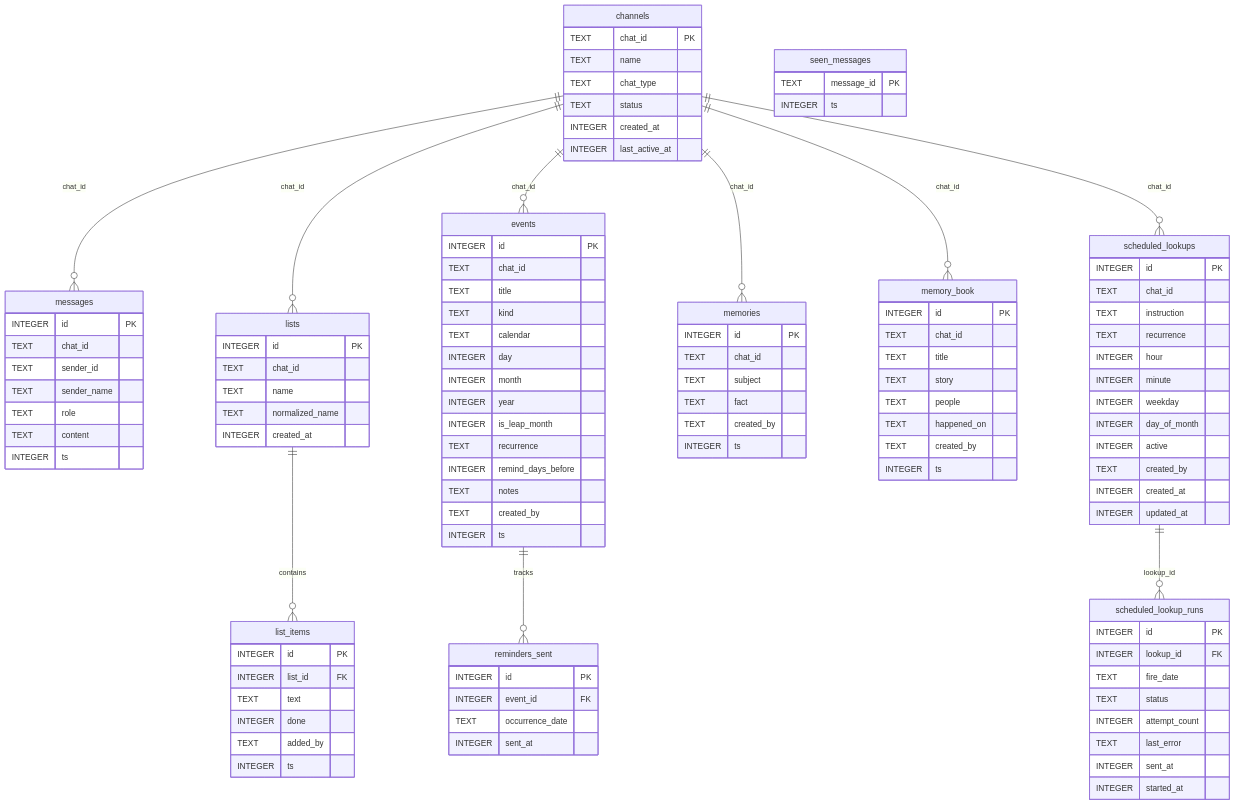
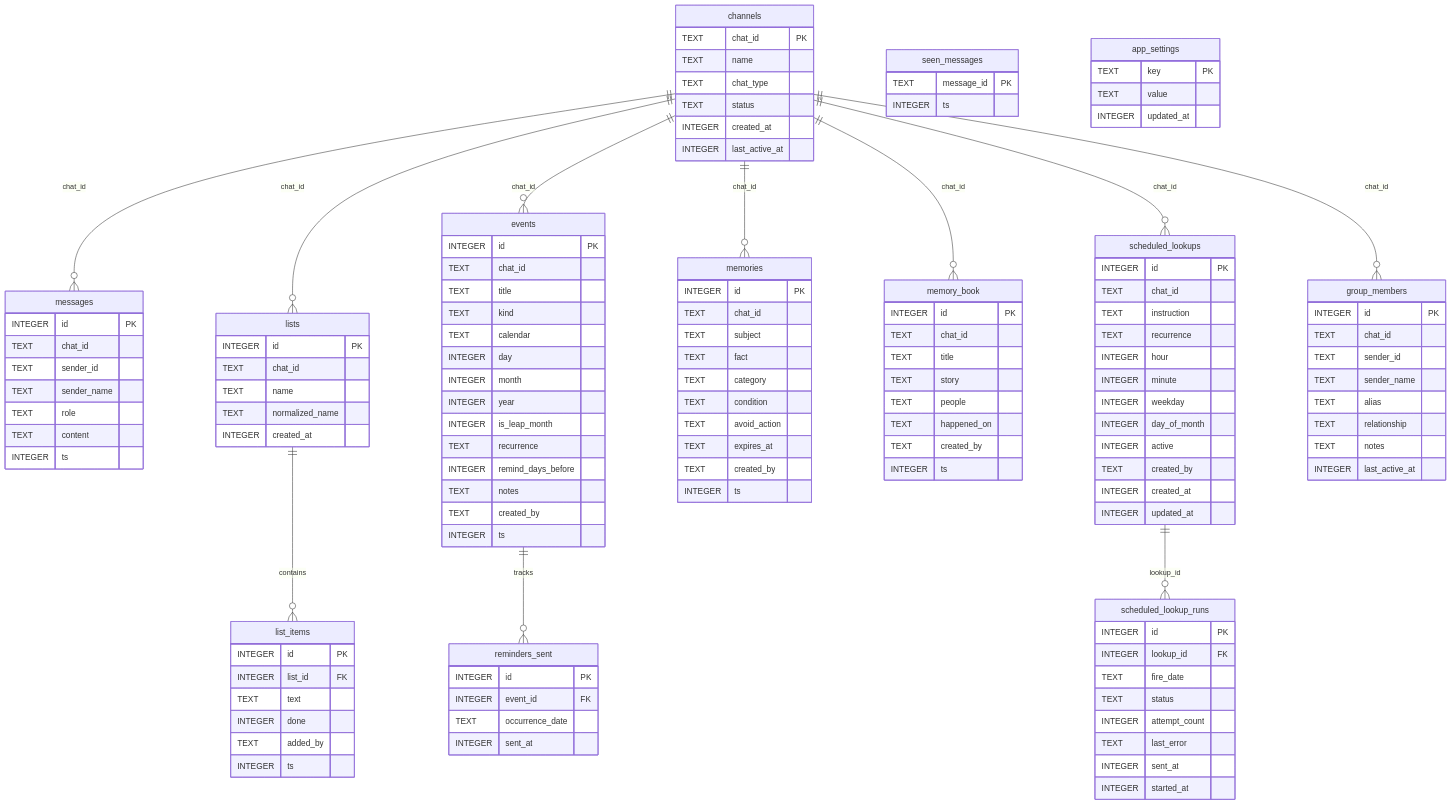
One commit to tranlehaiquan/46-bot changed the diagram in readme.md. Above: the diagram before and after it, drawn with Mermaid. The commit also changed other lines of this file, not shown here.

````diff
--- a/readme.md
+++ b/readme.md
@@ -104,6 +137,7 @@
     channels ||--o{ memory_book : "chat_id"
     channels ||--o{ scheduled_lookups : "chat_id"
     scheduled_lookups ||--o{ scheduled_lookup_runs : "lookup_id"
+    channels ||--o{ group_members : "chat_id"
 
     seen_messages {
         TEXT message_id PK
@@ -175,6 +209,10 @@
         TEXT chat_id
         TEXT subject
         TEXT fact
+        TEXT category
+        TEXT condition
+        TEXT avoid_action
+        TEXT expires_at
         TEXT created_by
         INTEGER ts
     }
@@ -215,4 +253,21 @@
         INTEGER sent_at
         INTEGER started_at
     }
+
+    group_members {
+        INTEGER id PK
+        TEXT chat_id
+        TEXT sender_id
+        TEXT sender_name
+        TEXT alias
+        TEXT relationship
+        TEXT notes
+        INTEGER last_active_at
+    }
+
+    app_settings {
+        TEXT key PK
+        TEXT value
+        INTEGER updated_at
+    }
 ```
````
